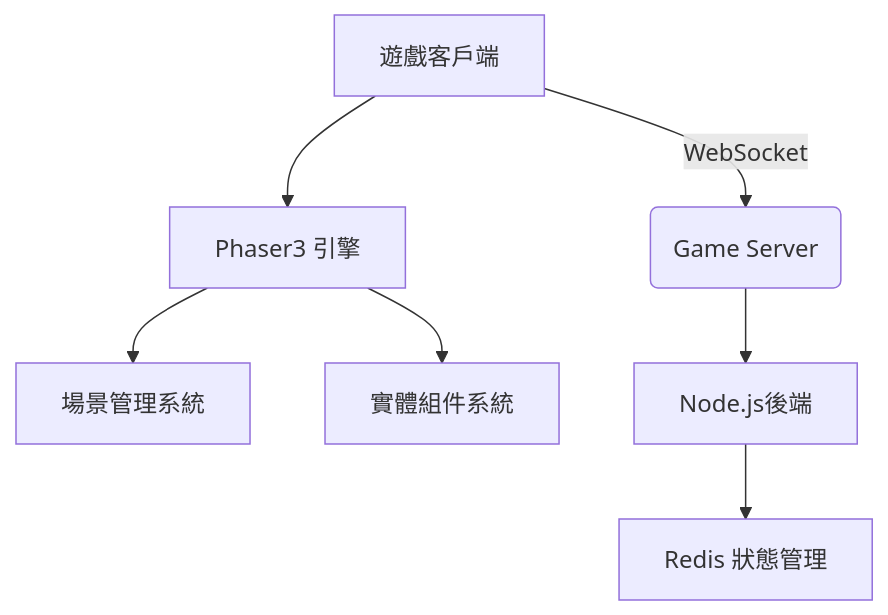
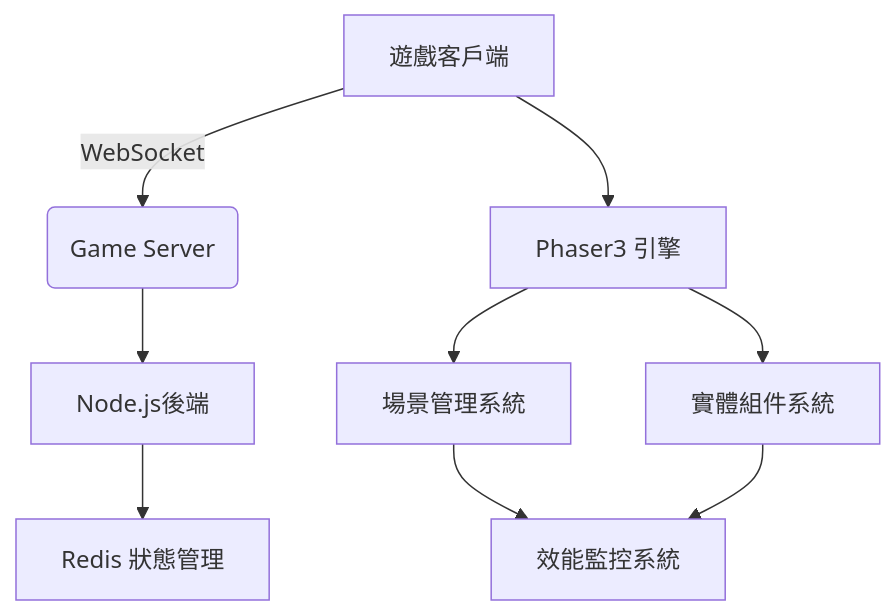
One commit to ainlee/Raiden changed the third of 4 diagrams in spec.md. Above: the diagram before and after it, drawn with Mermaid. The commit also changed other lines of this file and 20 other files, not shown here.

````diff
--- a/spec.md
+++ b/spec.md
@@ -18,9 +51,11 @@
 ```mermaid
 graph TD
     A[遊戲客戶端] -->|WebSocket| B(Game Server)
     A --> C[Phaser3 引擎]
     C --> D[場景管理系統]
     C --> E[實體組件系統]
     B --> F[Node.js後端]
     F --> G[Redis 狀態管理]
+    D --> H[效能監控系統]
+    E --> H
 ```
````
